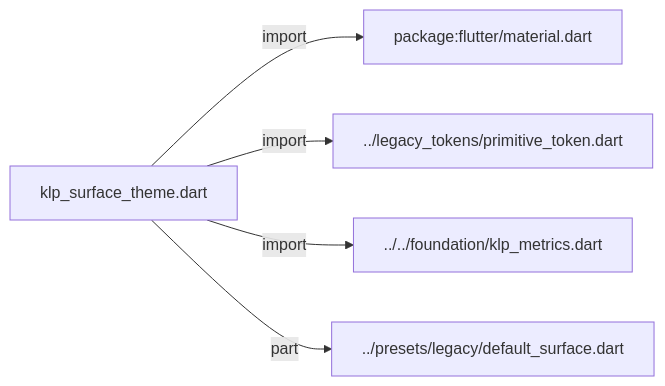
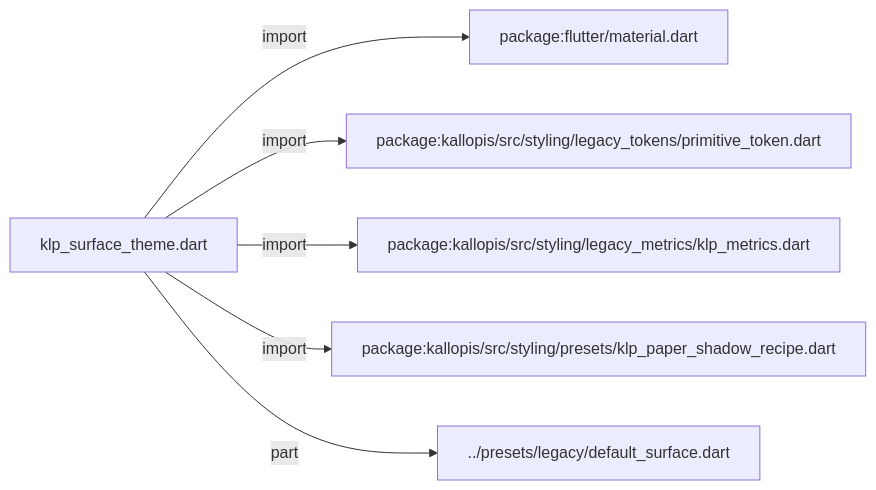
The first of 3 diagrams in docs/architecture/src/styling/legacy_theme/klp_surface_theme.md (MiuDog/Kallopis), drawn with Mermaid before and after one commit. The commit also changed other lines of this file and 9688 other files, not shown here.

Commit message:
Prepare isolated Flow F2 peer baseline

````diff
--- a/docs/architecture/src/styling/legacy_theme/klp_surface_theme.md
+++ b/docs/architecture/src/styling/legacy_theme/klp_surface_theme.md
@@ -11,12 +11,14 @@
 ```mermaid
 flowchart LR
 	n0["klp_surface_theme.dart"]
 	n1["package:flutter/material.dart"]
-	n2["../legacy_tokens/primitive_token.dart"]
-	n3["../../foundation/klp_metrics.dart"]
-	n4["../presets/legacy/default_surface.dart"]
+	n2["package:kallopis/src/styling/legacy_tokens/primitive_token.dart"]
+	n3["package:kallopis/src/styling/legacy_metrics/klp_metrics.dart"]
+	n4["package:kallopis/src/styling/presets/klp_paper_shadow_recipe.dart"]
+	n5["../presets/legacy/default_surface.dart"]
 	n0 -->|"import"| n1
 	n0 -->|"import"| n2
 	n0 -->|"import"| n3
-	n0 -->|"part"| n4
+	n0 -->|"import"| n4
+	n0 -->|"part"| n5
 ```
````
